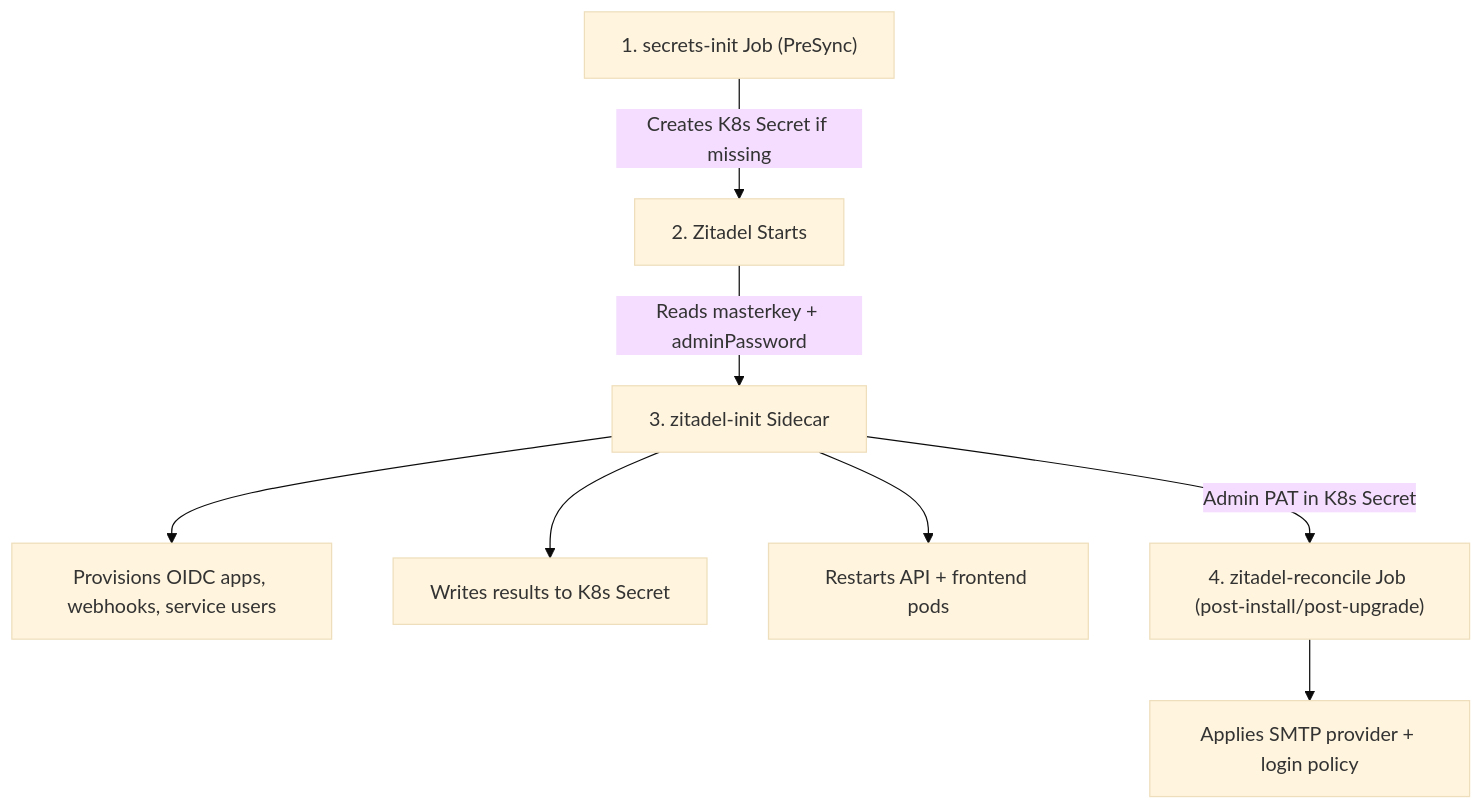
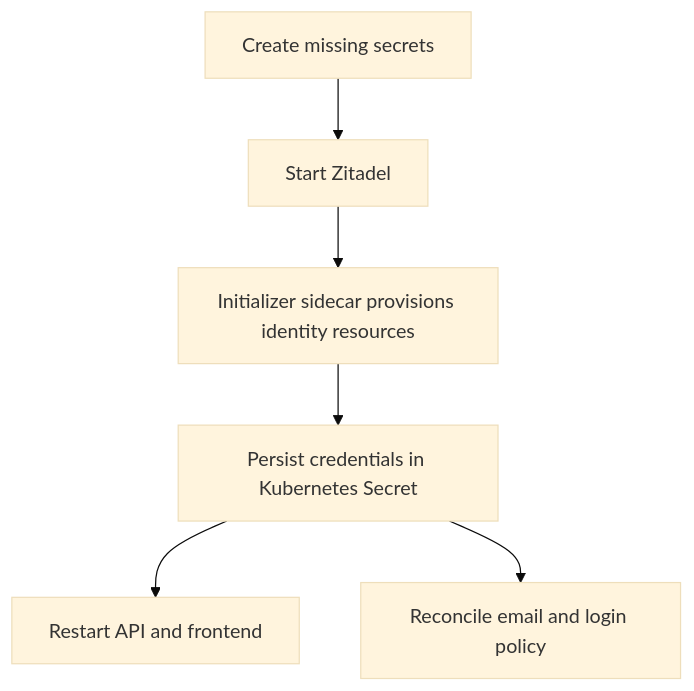
Before and after one commit to vhco-pro/stackweaver-frontend: the diagram in docs/user-guides/authentication/zitadel-setup.md, drawn with Mermaid (base theme). The commit also changed other lines of this file and 168 other files, not shown here.

````diff
--- a/docs/user-guides/authentication/zitadel-setup.md
+++ b/docs/user-guides/authentication/zitadel-setup.md
@@ -36,10 +88,8 @@
 ```mermaid
 flowchart TD
-    A["1. secrets-init Job (PreSync)"] -->|Creates K8s Secret if missing| B["2. Zitadel Starts"]
-    B -->|Reads masterkey + adminPassword| C["3. zitadel-init Sidecar"]
-    C --> D["Provisions OIDC apps, webhooks, service users"]
-    C --> E["Writes results to K8s Secret"]
-    C --> F["Restarts API + frontend pods"]
-    C -->|Admin PAT in K8s Secret| G["4. zitadel-reconcile Job (post-install/post-upgrade)"]
-    G --> H["Applies SMTP provider + login policy"]
+    A["Create missing secrets"] --> B["Start Zitadel"]
+    B --> C["Initializer sidecar provisions identity resources"]
+    C --> D["Persist credentials in Kubernetes Secret"]
+    D --> E["Restart API and frontend"]
+    D --> F["Reconcile email and login policy"]
 ```
````
